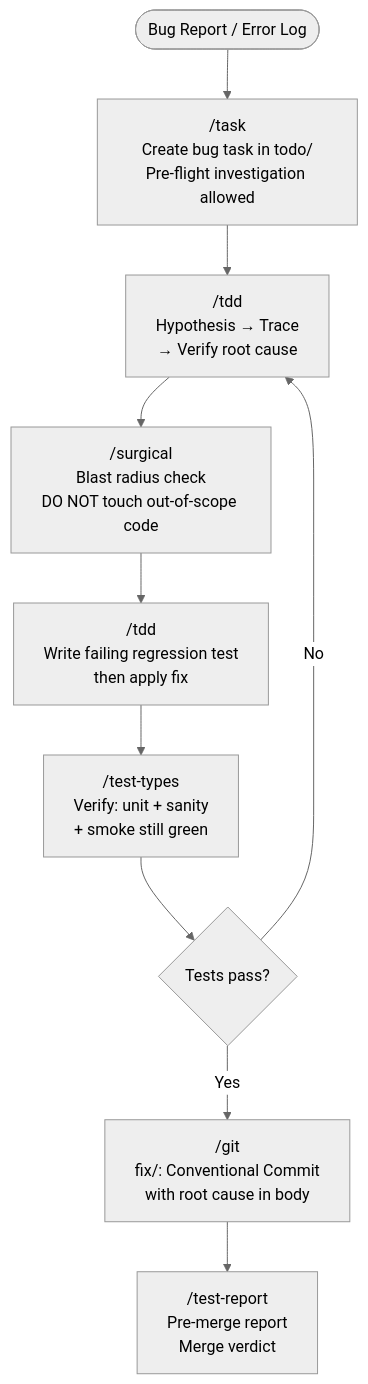
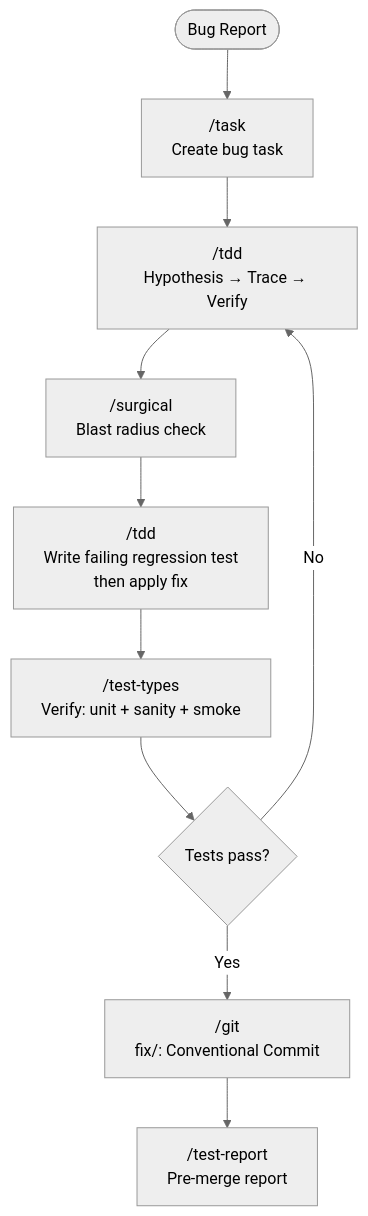
One commit to sornbuen15/drunken-ai-team changed the fourth of 6 diagrams in README.md. Above: the diagram before and after it, drawn with Mermaid (neutral theme). The commit also changed other lines of this file and 15 other files, not shown here.

````diff
--- a/README.md
+++ b/README.md
@@ -160,12 +442,12 @@
 ```mermaid
 flowchart TD
-    A([Bug Report / Error Log]) --> B["/task\nCreate bug task in todo/\nPre-flight investigation allowed"]
-    B --> C["/tdd\nHypothesis → Trace\n→ Verify root cause"]
-    C --> D["/surgical\nBlast radius check\nDO NOT touch out-of-scope code"]
+    A([Bug Report]) --> B["/task\nCreate bug task"]
+    B --> C["/tdd\nHypothesis → Trace → Verify"]
+    C --> D["/surgical\nBlast radius check"]
     D --> E["/tdd\nWrite failing regression test\nthen apply fix"]
-    E --> F["/test-types\nVerify: unit + sanity\n+ smoke still green"]
+    E --> F["/test-types\nVerify: unit + sanity + smoke"]
     F --> G{Tests pass?}
     G -- No --> C
-    G -- Yes --> H["/git\nfix/: Conventional Commit\nwith root cause in body"]
-    H --> I["/test-report\nPre-merge report\nMerge verdict"]
+    G -- Yes --> H["/git\nfix/: Conventional Commit"]
+    H --> I["/test-report\nPre-merge report"]
 ```
````
